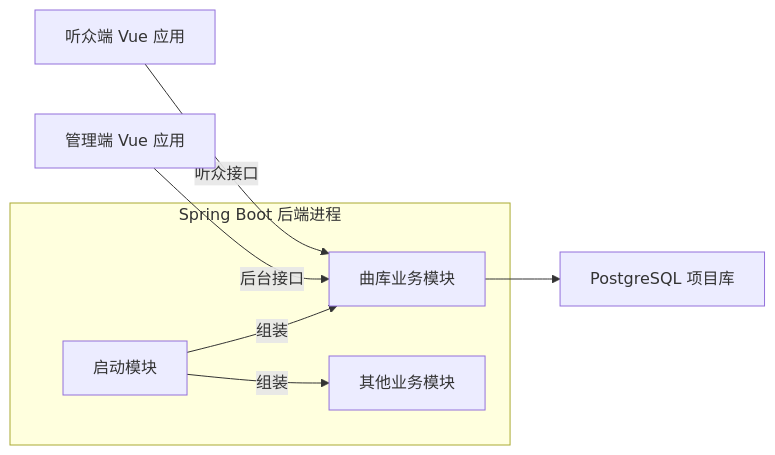
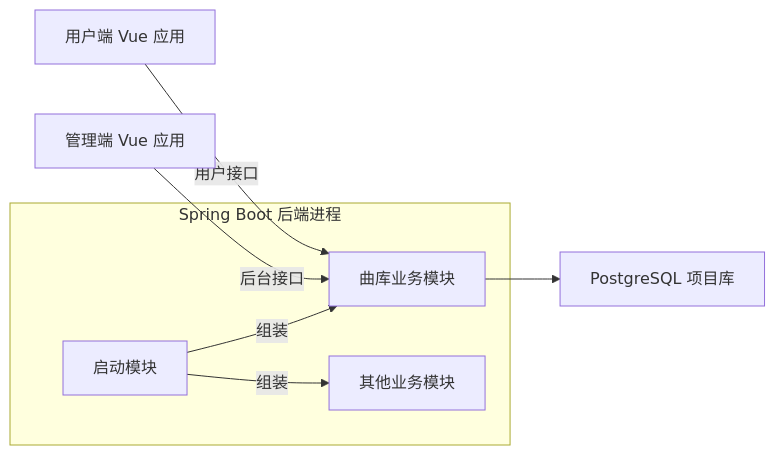
Before and after one commit to 0Elaina/tsuki: the diagram in docs/01-project-overview.md, drawn with Mermaid. The commit also changed other lines of this file and 1 other file, not shown here.

````diff
--- a/docs/01-project-overview.md
+++ b/docs/01-project-overview.md
@@ -9,10 +9,10 @@
 ```mermaid
 flowchart LR
     subgraph Server["Spring Boot 后端进程"]
         App["启动模块"] -->|组装| Catalog["曲库业务模块"]
         App -->|组装| Business["其他业务模块"]
     end
     Admin["管理端 Vue 应用"] -->|后台接口| Catalog
-    Listener["听众端 Vue 应用"] -->|听众接口| Catalog
+    User["用户端 Vue 应用"] -->|用户接口| Catalog
     Catalog --> Postgres["PostgreSQL 项目库"]
 ```
````
